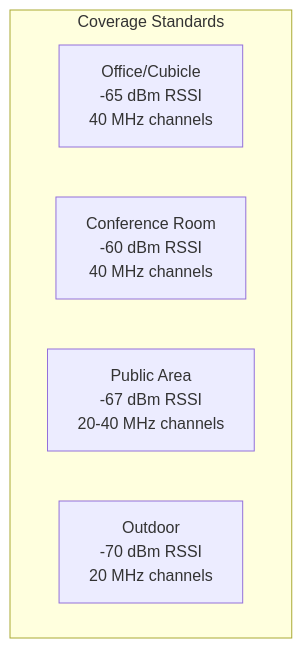
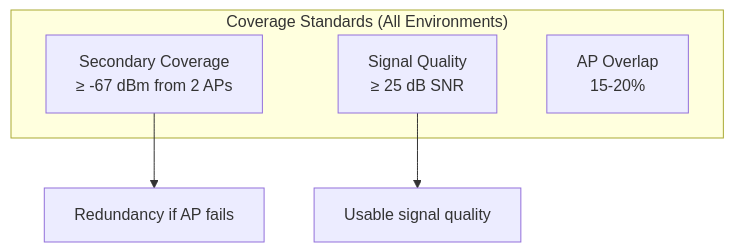
The fourth of 7 diagrams in docs/wifi/access-point-specs.md (NewOrleansITI/networkstandards), drawn with Mermaid before and after one commit. The commit also changed other lines of this file and 2 other files, not shown here.

First line of the commit message:
Update docs for WiFi Design Standards consistency

````diff
--- a/docs/wifi/access-point-specs.md
+++ b/docs/wifi/access-point-specs.md
@@ -247,9 +247,11 @@
 ```mermaid
 graph TD
-    subgraph COVERAGE["Coverage Standards"]
-        OFFICE["Office/Cubicle<br/>-65 dBm RSSI<br/>40 MHz channels"]
-        CONF["Conference Room<br/>-60 dBm RSSI<br/>40 MHz channels"]
-        PUBLIC["Public Area<br/>-67 dBm RSSI<br/>20-40 MHz channels"]
-        OUTDOOR["Outdoor<br/>-70 dBm RSSI<br/>20 MHz channels"]
+    subgraph COVERAGE["Coverage Standards (All Environments)"]
+        SECONDARY["Secondary Coverage<br/>≥ -67 dBm from 2 APs"]
+        SNR["Signal Quality<br/>≥ 25 dB SNR"]
+        OVERLAP["AP Overlap<br/>15-20%"]
     end
+
+    SECONDARY --> RELIABILITY["Redundancy if AP fails"]
+    SNR --> QUALITY["Usable signal quality"]
 ```
````
